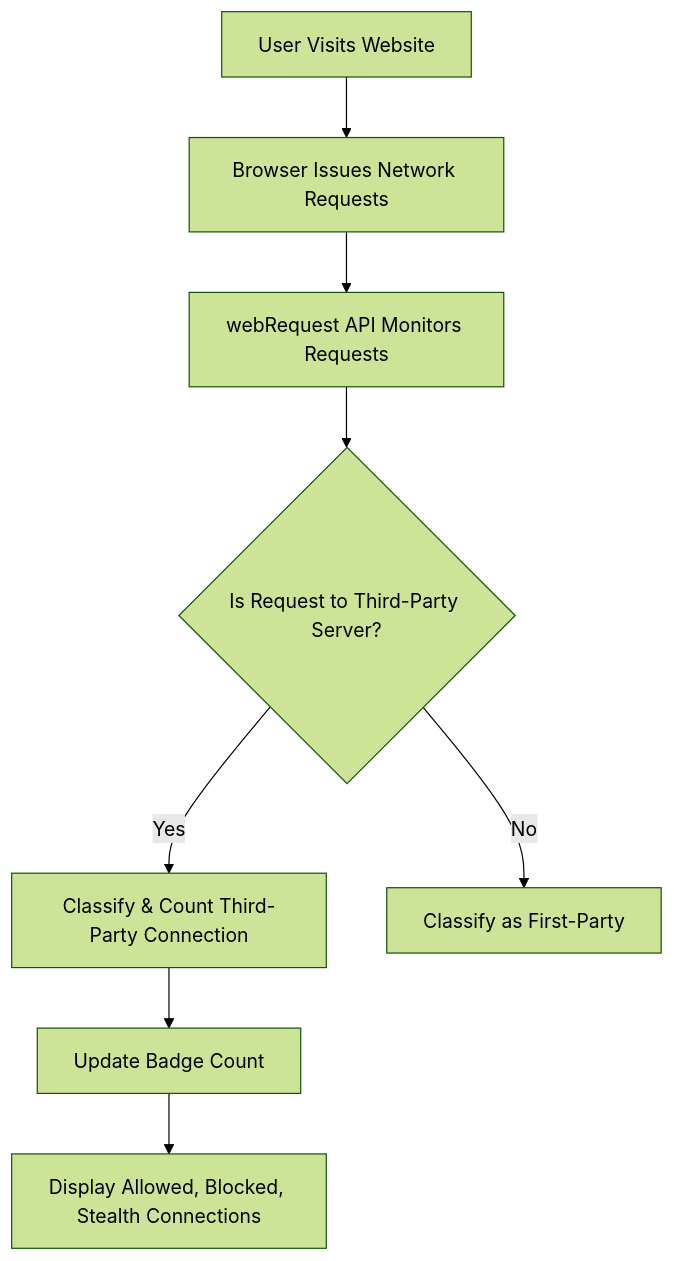
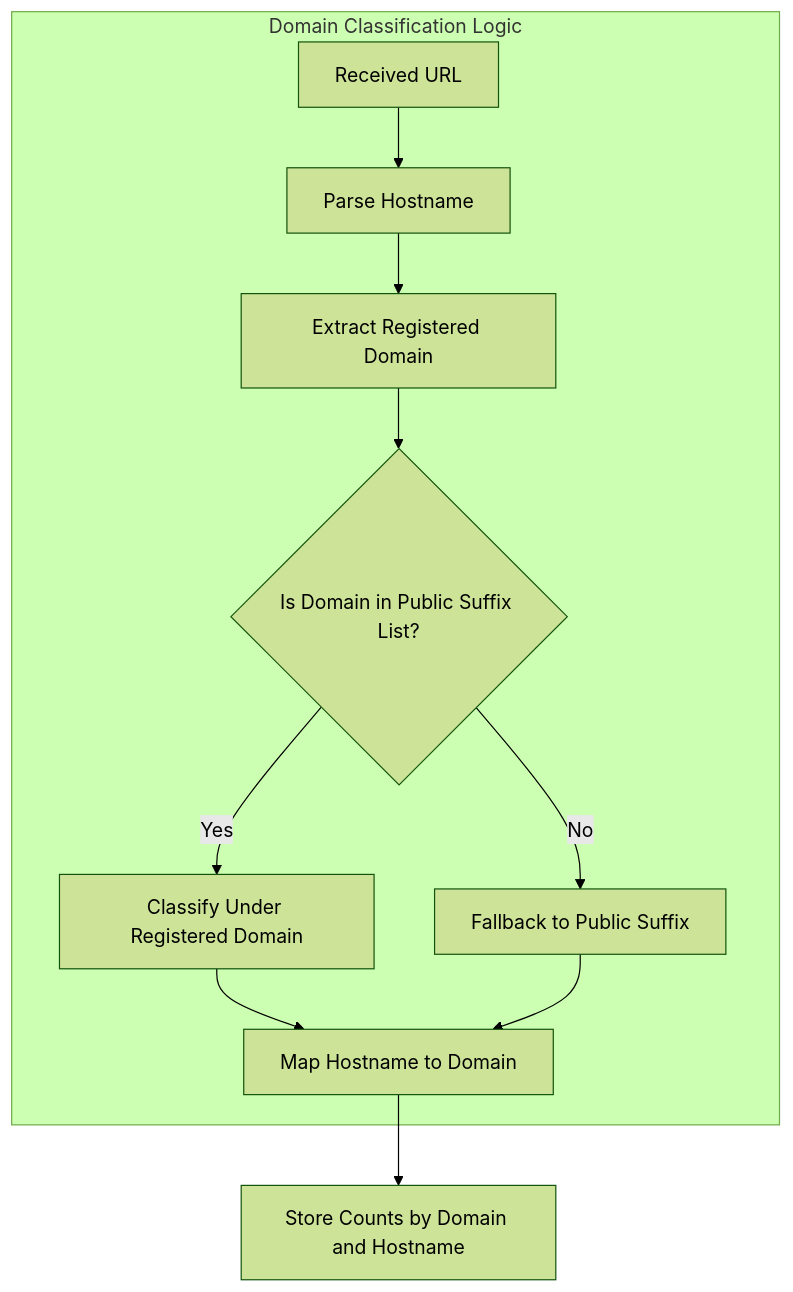
The diagram in overview/architecture-and-concepts/core-concepts-terminology.mdx (clidey/docucod-public-project-adf15a81-508f-4f0d-9083-12549e1f66a0), drawn with Mermaid (forest theme) before and after one commit. The commit also changed other lines of this file and 17 other files, not shown here.

````diff
--- a/overview/architecture-and-concepts/core-concepts-terminology.mdx
+++ b/overview/architecture-and-concepts/core-concepts-terminology.mdx
@@ -172,10 +117,14 @@
 ```mermaid
-graph TD
-  A[User Visits Website] --> B[Browser Issues Network Requests]
-  B --> C[webRequest API Monitors Requests]
-  C --> D{Is Request to Third-Party Server?}
-  D -->|Yes| E[Classify & Count Third-Party Connection]
-  D -->|No| F[Classify as First-Party]
-  E --> G[Update Badge Count]
-  G --> H[Display Allowed, Blocked, Stealth Connections]
+flowchart TD
+  subgraph "Domain Classification Logic"
+    A["Received URL"] --> B["Parse Hostname"]
+    B --> C["Extract Registered Domain"]
+    C --> D{Is Domain in Public Suffix List?}
+    D -->|Yes| E["Classify Under Registered Domain"]
+    D -->|No| F["Fallback to Public Suffix"]
+    E --> G["Map Hostname to Domain"]
+    F --> G
+  end
+
+  G --> H["Store Counts by Domain and Hostname"]
 ```
````
